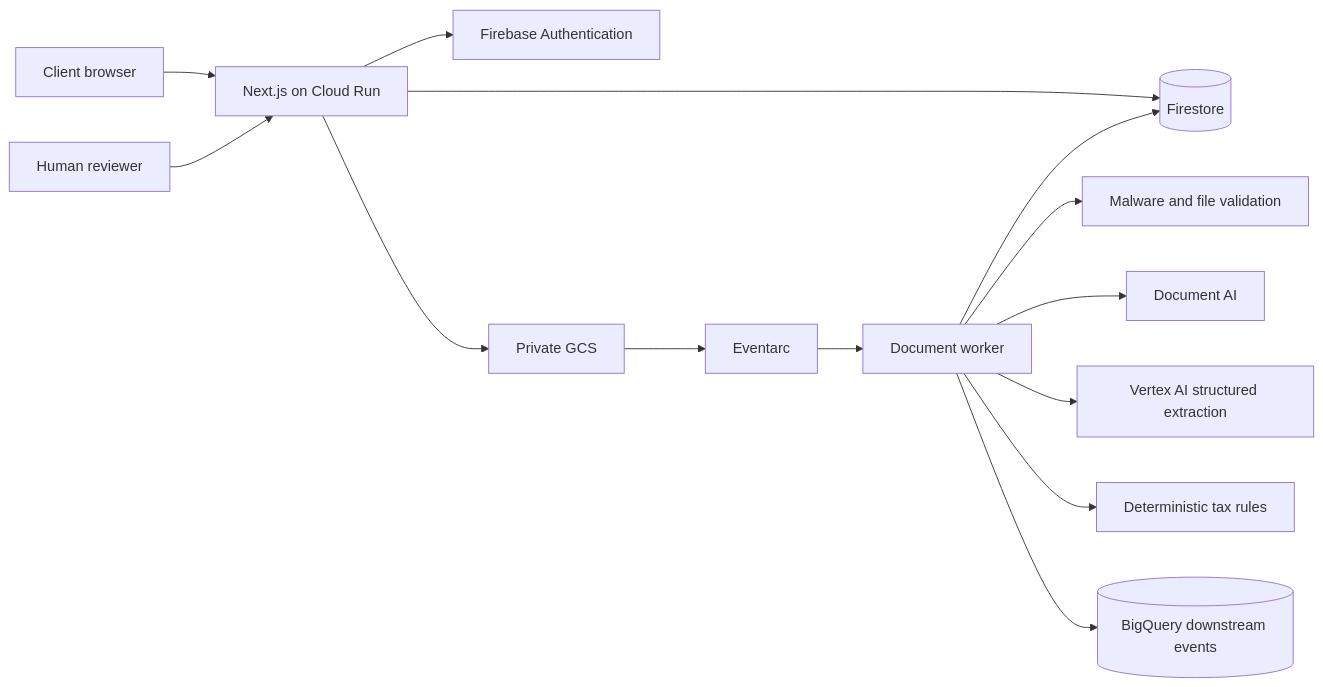
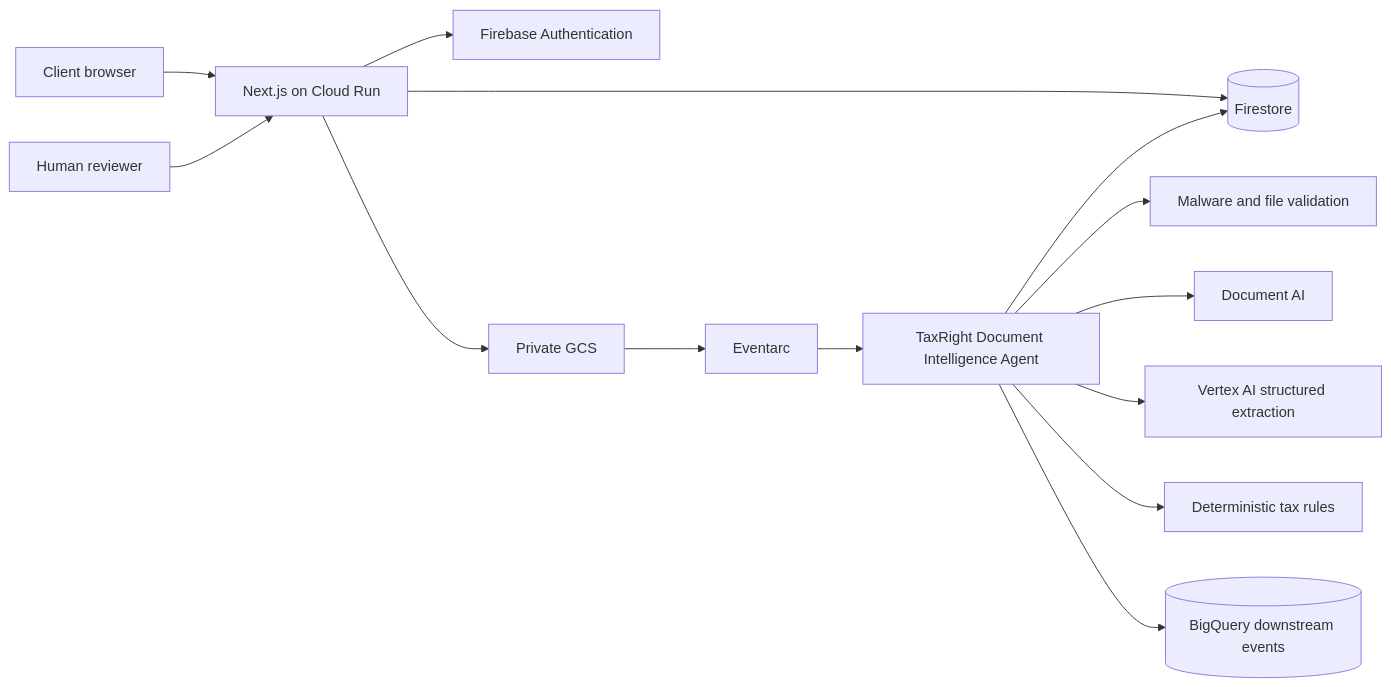
One commit to stephenraj040899-max/itr_app changed the first of 6 diagrams in docs/architecture.md. Above: the diagram before and after it, drawn with Mermaid. The commit also changed other lines of this file and 87 other files, not shown here.

Commit message:
add document intelligence and deduction workflows

````diff
--- a/docs/architecture.md
+++ b/docs/architecture.md
@@ -5,16 +5,16 @@
 ```mermaid
 flowchart LR
   C[Client browser] --> N[Next.js on Cloud Run]
   N --> A[Firebase Authentication]
   N --> F[(Firestore)]
   N --> S[Private GCS]
   S --> E[Eventarc]
-  E --> W[Document worker]
+  E --> W[TaxRight Document Intelligence Agent]
   W --> M[Malware and file validation]
   W --> D[Document AI]
   W --> V[Vertex AI structured extraction]
   W --> T[Deterministic tax rules]
   W --> F
   W --> B[(BigQuery downstream events)]
   R[Human reviewer] --> N
 ```
````
